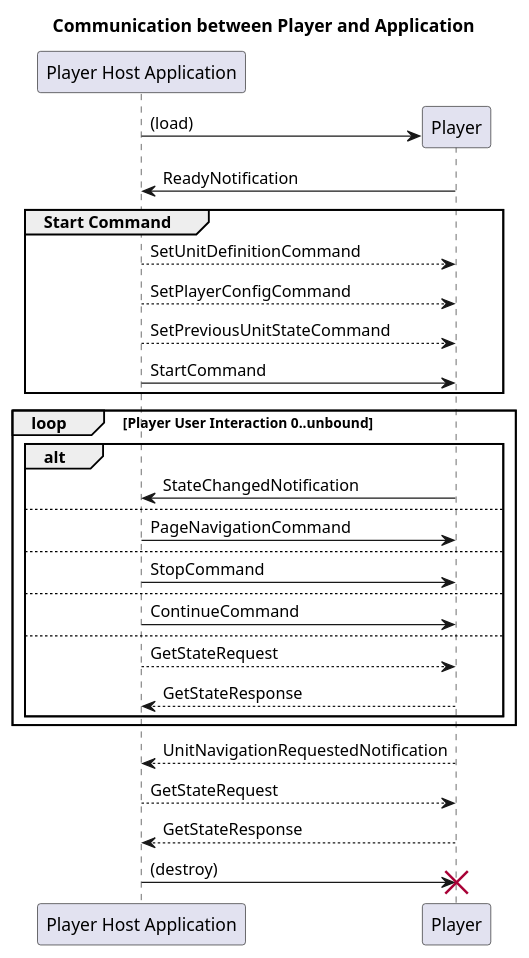
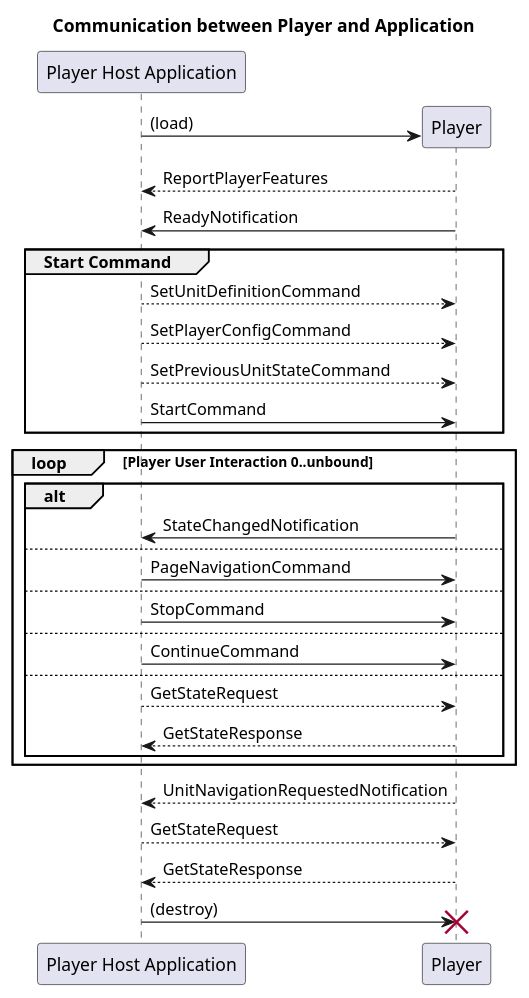
One commit to verona-interfaces/player changed the diagram in model/interfaceModel.puml. Above: the diagram before and after it, drawn with PlantUML. The commit also changed 1 other file, not shown here.

```diff
--- a/model/interfaceModel.puml
+++ b/model/interfaceModel.puml
@@ -1,39 +1,40 @@
 @startuml
 title Communication between Player and Application
 participant "Player Host Application" as app
 
 create Player
 app -> Player: (load)
+Player --> app: ReportPlayerFeatures
 Player -> app: ReadyNotification
 
 group Start Command
     app --> Player: SetUnitDefinitionCommand
     app --> Player: SetPlayerConfigCommand
     app --> Player: SetPreviousUnitStateCommand
 
     app -> Player: StartCommand
 end
 
 loop Player User Interaction 0..unbound
     alt
         Player -> app: StateChangedNotification
     else
         app -> Player: PageNavigationCommand
     else
         app -> Player: StopCommand
     else
         app -> Player: ContinueCommand
     else
         app --> Player: GetStateRequest
         Player --> app: GetStateResponse
     end
 end
 
 Player --> app: UnitNavigationRequestedNotification
 app --> Player: GetStateRequest
 Player --> app: GetStateResponse
 
 app -> Player: (destroy)
 destroy Player
 
 @enduml
```
